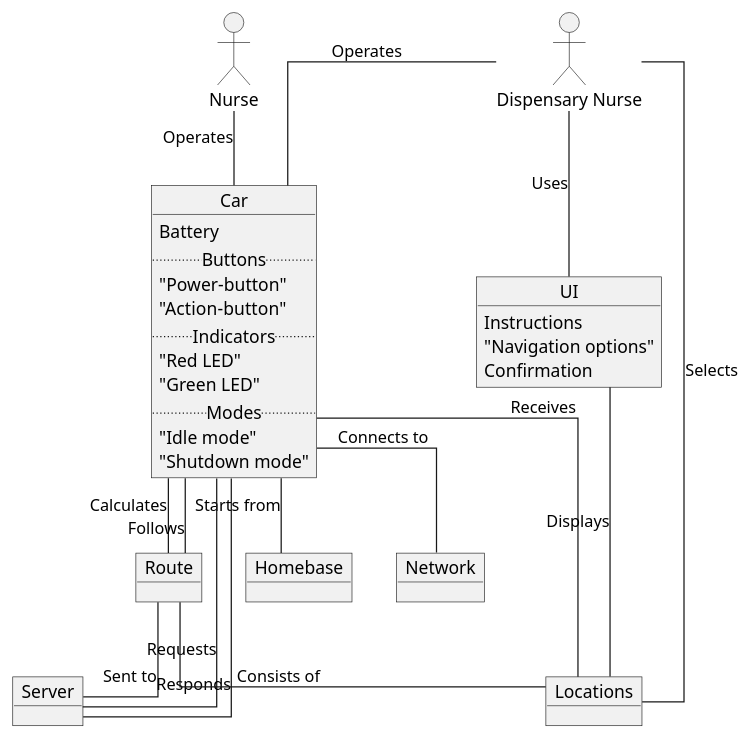
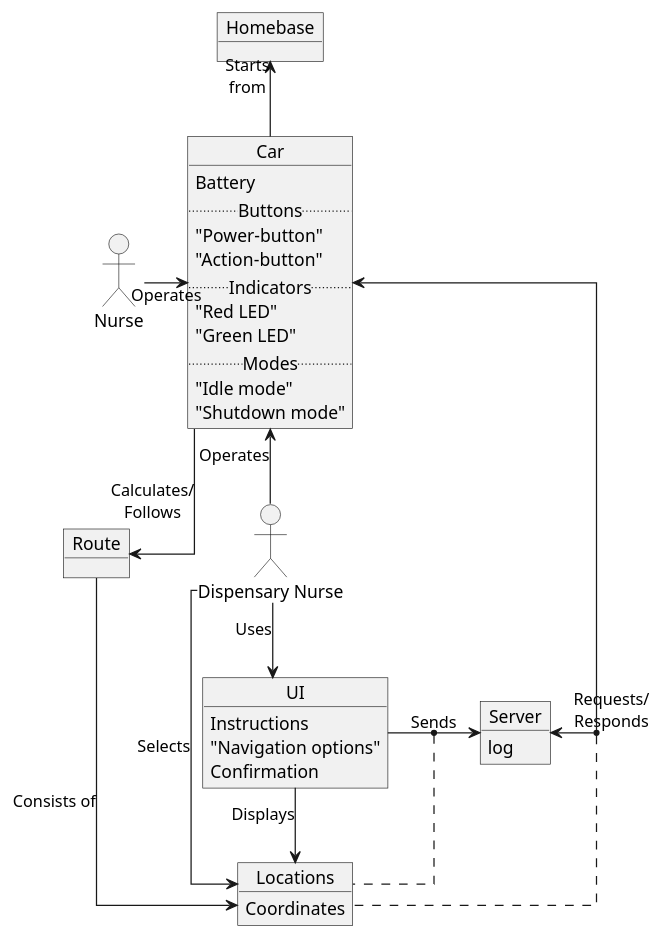
The diagram in docs/diagrams/Plantuml/domain.puml (lineklemensen/PRJ3), drawn with PlantUML before and after one commit.

Commit message:
Domænemodel. Mangler lidt layout ift. længden af pile.

```diff
--- a/docs/diagrams/Plantuml/domain.puml
+++ b/docs/diagrams/Plantuml/domain.puml
@@ -1,56 +1,62 @@
 @startuml
 
 allow_mixing
 
 skinparam {
     LineType ortho
 }
 
+actor "Nurse" as n
+
+object "Homebase" as HB
 object Car {
     Battery
     .. Buttons ..
     "Power-button"
     "Action-button"
     .. Indicators ..
     "Red LED"
     "Green LED"
     .. Modes ..
     "Idle mode"
     "Shutdown mode"
 }
 
 object UI {
     Instructions
     "Navigation options"
     Confirmation
 }
 
+object "Locations" as Loc {
+    Coordinates
+}
 object Route
 
-object Server
 
-object "Homebase" as HB
-object "Network" as Net
-object "Locations" as Loc
+object Server {
+    log
+}
+
 
 actor "Dispensary Nurse" as dn
-actor "Nurse" as n
 
-Car -- HB : Starts from
-Car -- Net : Connects to
-dn -- UI : Uses
-Route -- Server : Sent to
-Car -- Server : Requests
-Server -- Car : Responds 
-Car -- Loc : Receives
-Car -- Route : Calculates
-dn -- Car : Operates
-n -- Car : Operates
-Car -- Route : Follows
-Route -- Loc : Consists of
-UI -- Loc : Displays
-dn -- Loc : Selects
+Car -u-> HB : Starts\nfrom
+n -r-> Car : Operates
+
+Car -r-> Route : Calculates/\nFollows
+Route -d-> Loc : Consists of
+
+Car <-d- dn : Operates
+dn -r-> Loc : Selects
+UI -r-> Loc : Displays
+
+dn -d-> UI : Uses
+Server <-r-> Car : Requests/\nResponds
+(Server, Car) . Loc
+UI -r-> Server : Sends
+(UI, Server) . Loc
 
 
 
 @enduml
```
